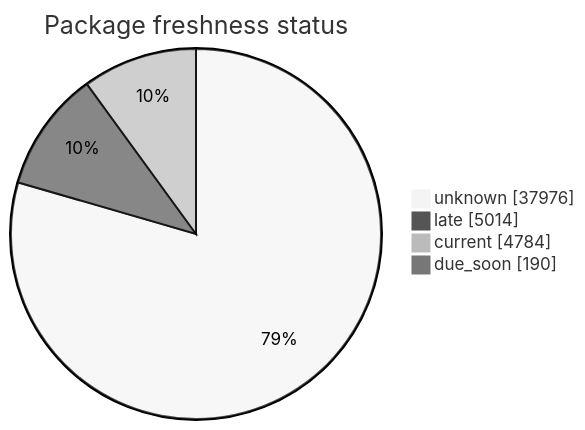
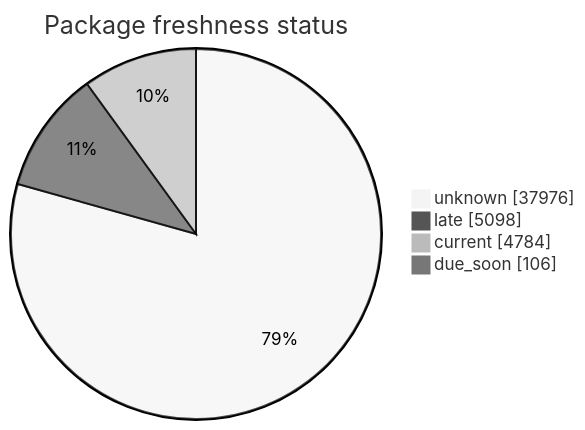
Before and after one commit to open-data/analytics-corporate-reporting: the second of 5 diagrams in FreshCheck/README.md, drawn with Mermaid (neutral theme). The commit also changed other lines of this file and 3 other files, not shown here.

````diff
--- a/FreshCheck/README.md
+++ b/FreshCheck/README.md
@@ -68,7 +68,7 @@
 ```mermaid
 pie showData title Package freshness status
     "unknown": 37976
-    "late": 5014
+    "late": 5098
     "current": 4784
-    "due_soon": 190
+    "due_soon": 106
 ```
````
